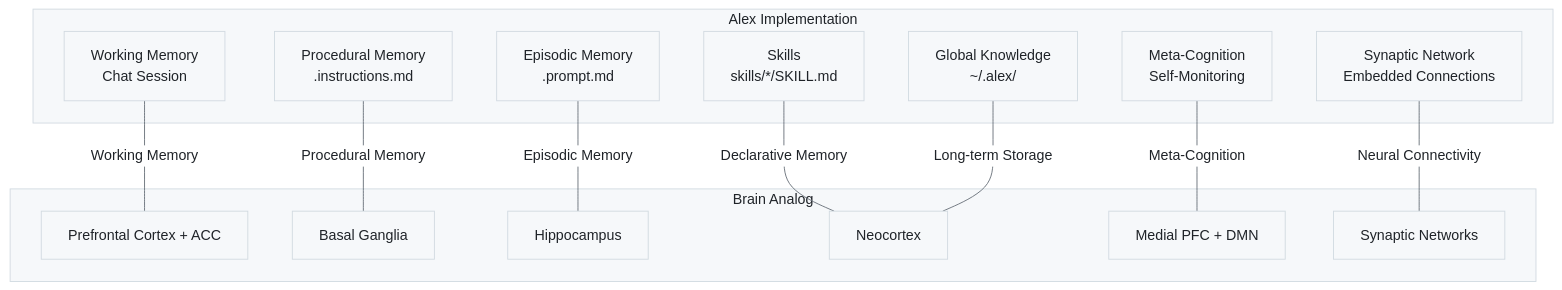
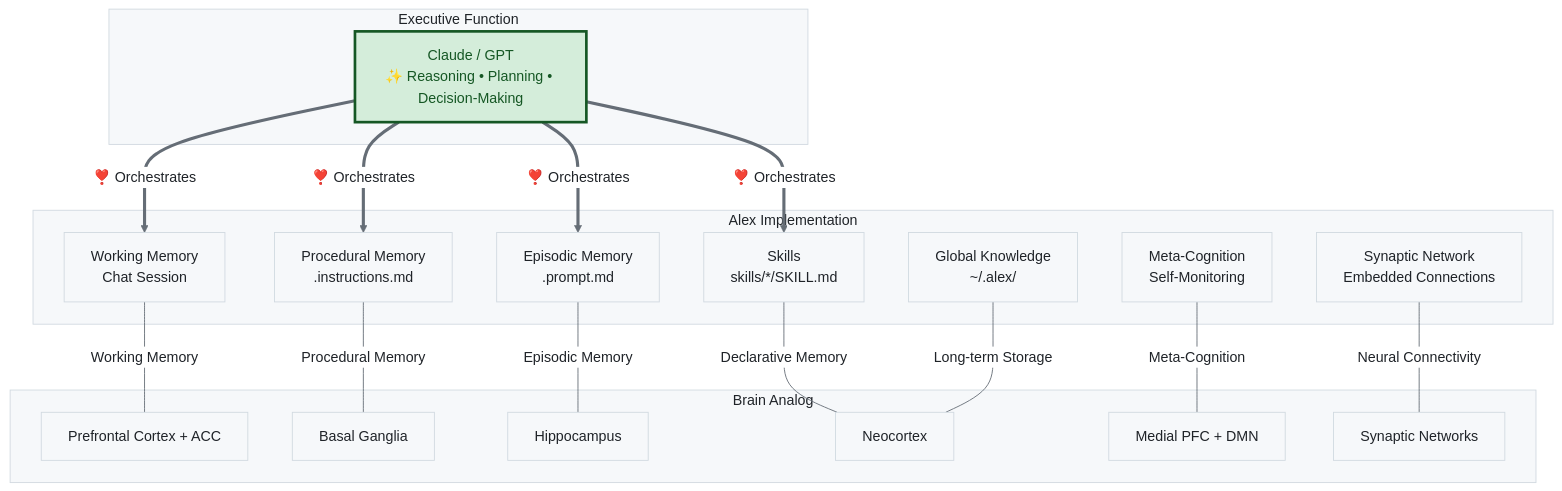
One commit to fabioc-aloha/Alex_Plug_In changed the third of 6 diagrams in alex_docs/COGNITIVE-ARCHITECTURE.md. Above: the diagram before and after it, drawn with Mermaid. The commit also changed other lines of this file and 199 other files, not shown here.

````diff
--- a/alex_docs/COGNITIVE-ARCHITECTURE.md
+++ b/alex_docs/COGNITIVE-ARCHITECTURE.md
@@ -76,30 +131,41 @@
 ```mermaid
 %%{init: {'theme': 'base', 'themeVariables': { 'primaryColor': '#f6f8fa', 'primaryTextColor': '#1f2328', 'primaryBorderColor': '#d1d9e0', 'lineColor': '#656d76', 'secondaryColor': '#f6f8fa', 'tertiaryColor': '#ffffff', 'background': '#ffffff', 'mainBkg': '#f6f8fa', 'nodeBorder': '#d1d9e0', 'clusterBkg': '#f6f8fa', 'clusterBorder': '#d1d9e0', 'titleColor': '#1f2328', 'edgeLabelBackground': '#ffffff'}}}%%
 graph TB
+    subgraph "Executive Function"
+        LLM["Claude / GPT<br/>✨ Reasoning • Planning • Decision-Making"]
+    end
+
     subgraph "Alex Implementation"
         WM[Working Memory<br/>Chat Session]
         PM[Procedural Memory<br/>.instructions.md]
         EM[Episodic Memory<br/>.prompt.md]
         SK[Skills<br/>skills/*/SKILL.md]
         GK[Global Knowledge<br/>~/.alex/]
         SYN[Synaptic Network<br/>Embedded Connections]
         MC[Meta-Cognition<br/>Self-Monitoring]
     end
 
     subgraph "Brain Analog"
         PFC[Prefrontal Cortex + ACC]
         BG[Basal Ganglia]
         HIPP[Hippocampus]
         NC[Neocortex]
         MPFC[Medial PFC + DMN]
         SYNBIO[Synaptic Networks]
     end
 
+    LLM ==>|"❣️ Orchestrates"| WM
+    LLM ==>|"❣️ Orchestrates"| PM
+    LLM ==>|"❣️ Orchestrates"| EM
+    LLM ==>|"❣️ Orchestrates"| SK
+
     WM ---|"Working Memory"| PFC
     PM ---|"Procedural Memory"| BG
     EM ---|"Episodic Memory"| HIPP
     SK ---|"Declarative Memory"| NC
     GK ---|"Long-term Storage"| NC
     SYN ---|"Neural Connectivity"| SYNBIO
     MC ---|"Meta-Cognition"| MPFC
+
+    style LLM fill:#d4edda,stroke:#155724,color:#155724,stroke-width:3px
 ```
````
